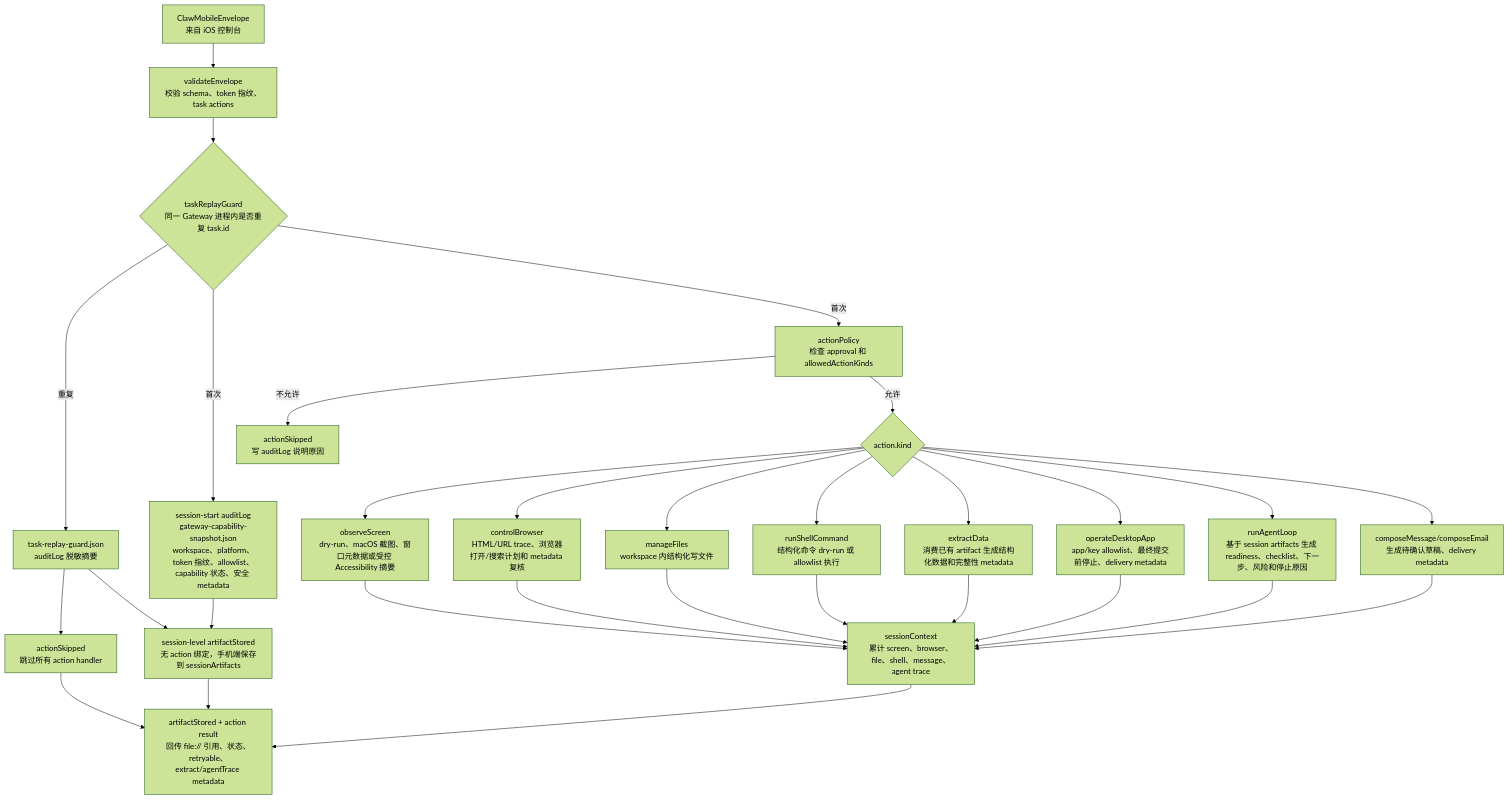
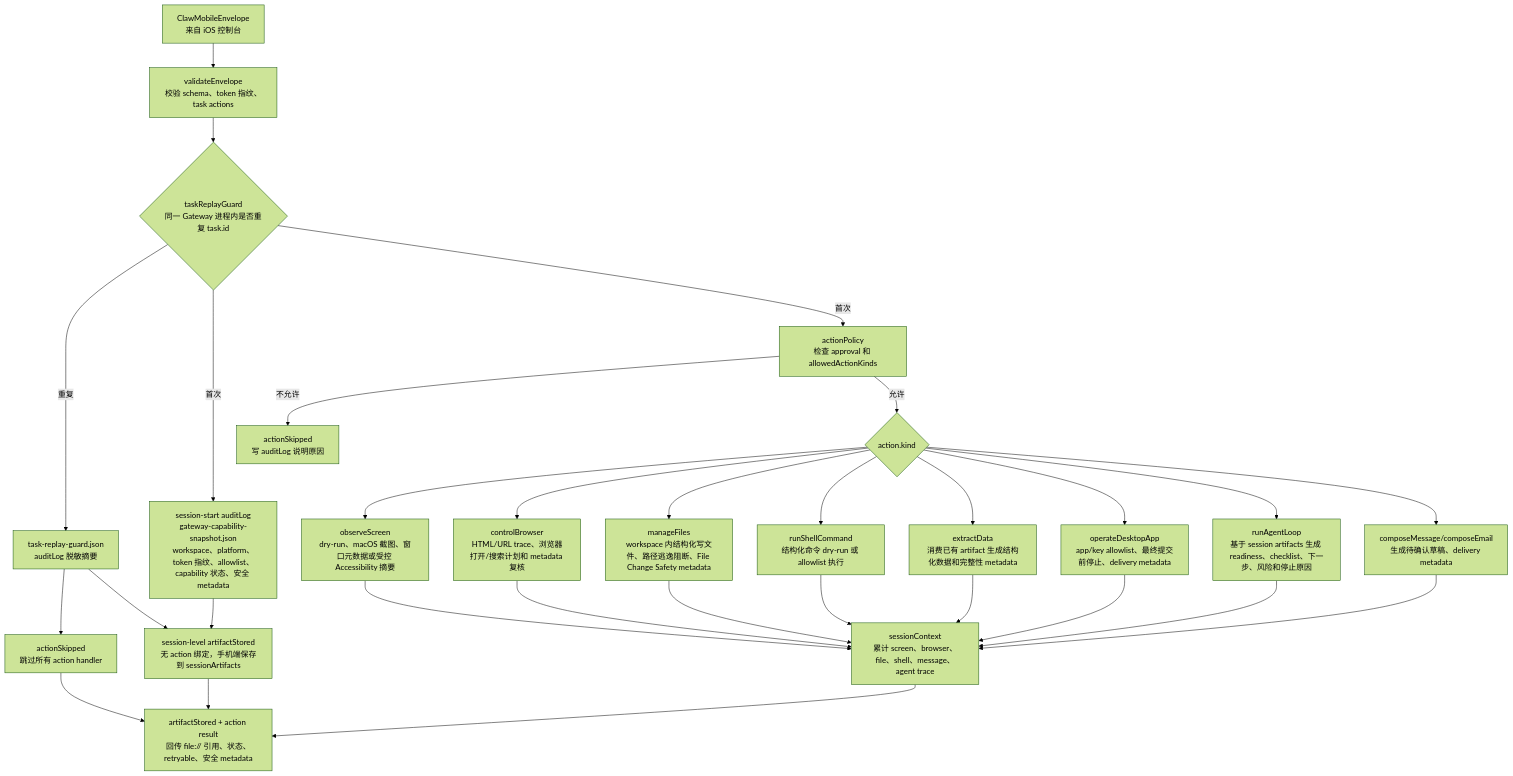
Before and after one commit to Altman-sam114/115: the second of 3 diagrams in md/flow/flowchart.md, drawn with Mermaid (forest theme). The commit also changed other lines of this file and 15 other files, not shown here.

````diff
--- a/md/flow/flowchart.md
+++ b/md/flow/flowchart.md
@@ -70,32 +72,32 @@
 ```mermaid
 flowchart TD
   ENV["ClawMobileEnvelope<br/>来自 iOS 控制台"] --> VAL["validateEnvelope<br/>校验 schema、token 指纹、task actions"]
   VAL --> REPLAY{"taskReplayGuard<br/>同一 Gateway 进程内是否重复 task.id"}
   REPLAY -->|"重复"| RG["task-replay-guard.json<br/>auditLog 脱敏摘要"]
   RG --> RGS["actionSkipped<br/>跳过所有 action handler"]
   RG --> SOUT
   RGS --> OUT
   REPLAY -->|"首次"| SNAP["session-start auditLog<br/>gateway-capability-snapshot.json<br/>workspace、platform、token 指纹、allowlist、capability 状态、安全 metadata"]
   REPLAY -->|"首次"| POL["actionPolicy<br/>检查 approval 和 allowedActionKinds"]
   POL -->|不允许| SKIP["actionSkipped<br/>写 auditLog 说明原因"]
   POL -->|允许| KIND{"action.kind"}
   KIND --> OBS["observeScreen<br/>dry-run、macOS 截图、窗口元数据或受控 Accessibility 摘要"]
   KIND --> BRO["controlBrowser<br/>HTML/URL trace、浏览器打开/搜索计划和 metadata 复核"]
-  KIND --> FILE["manageFiles<br/>workspace 内结构化写文件"]
+  KIND --> FILE["manageFiles<br/>workspace 内结构化写文件、路径逃逸阻断、File Change Safety metadata"]
   KIND --> SH["runShellCommand<br/>结构化命令 dry-run 或 allowlist 执行"]
   KIND --> EXT["extractData<br/>消费已有 artifact 生成结构化数据和完整性 metadata"]
   KIND --> APP["operateDesktopApp<br/>app/key allowlist、最终提交前停止、delivery metadata"]
   KIND --> AG["runAgentLoop<br/>基于 session artifacts 生成 readiness、checklist、下一步、风险和停止原因"]
   KIND --> MSG["composeMessage/composeEmail<br/>生成待确认草稿、delivery metadata"]
   OBS --> CTX["sessionContext<br/>累计 screen、browser、file、shell、message、agent trace"]
   BRO --> CTX
   FILE --> CTX
   SH --> CTX
   EXT --> CTX
   APP --> CTX
   AG --> CTX
   MSG --> CTX
   SNAP --> SOUT["session-level artifactStored<br/>无 action 绑定，手机端保存到 sessionArtifacts"]
-  CTX --> OUT["artifactStored + action result<br/>回传 file:// 引用、状态、retryable、extract/agentTrace metadata"]
+  CTX --> OUT["artifactStored + action result<br/>回传 file:// 引用、状态、retryable、安全 metadata"]
   SOUT --> OUT
 ```
````
